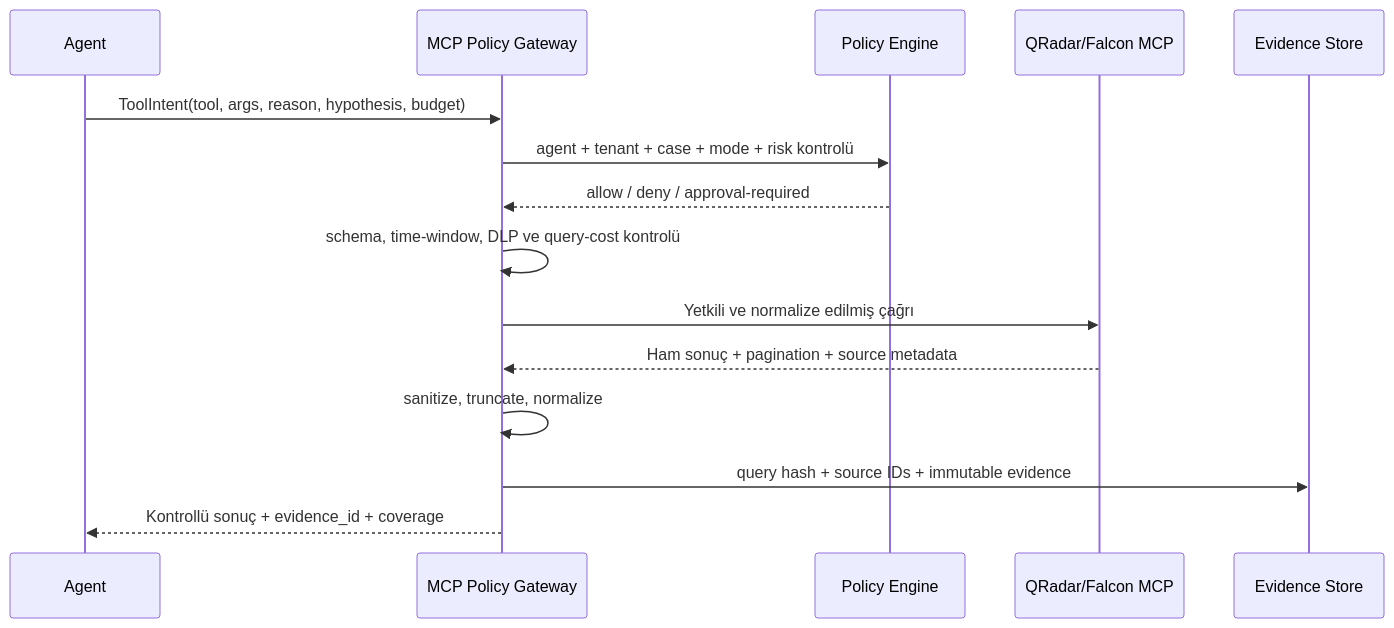
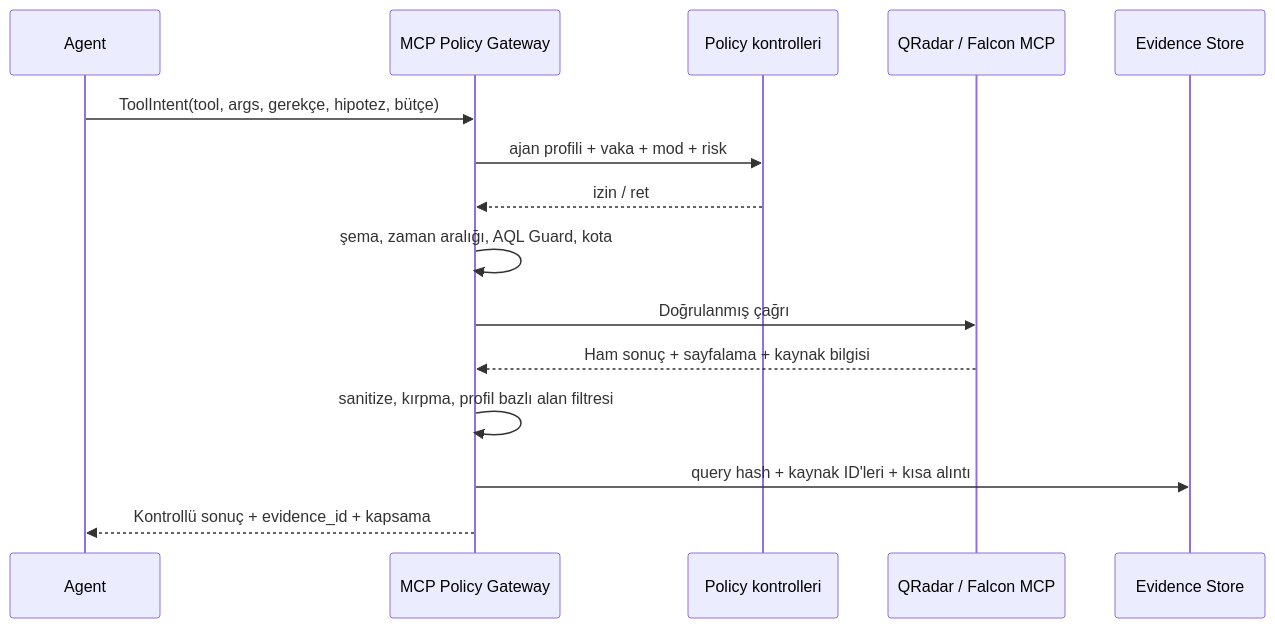
One commit to wiemBe/ais0c changed the fifth of 6 diagrams in docs/architecture.md. Above: the diagram before and after it, drawn with Mermaid. The commit also changed other lines of this file and 43 other files, not shown here.

````diff
--- a/docs/architecture.md
+++ b/docs/architecture.md
@@ -140,18 +609,18 @@
 ```mermaid
 sequenceDiagram
     participant Agent
-    participant Broker as MCP Policy Gateway
-    participant Policy as Policy Engine
-    participant MCP as QRadar/Falcon MCP
+    participant GW as MCP Policy Gateway
+    participant Policy as Policy kontrolleri
+    participant MCP as QRadar / Falcon MCP
     participant Evidence as Evidence Store
 
-    Agent->>Broker: ToolIntent(tool, args, reason, hypothesis, budget)
-    Broker->>Policy: agent + tenant + case + mode + risk kontrolü
-    Policy-->>Broker: allow / deny / approval-required
-    Broker->>Broker: schema, time-window, DLP ve query-cost kontrolü
-    Broker->>MCP: Yetkili ve normalize edilmiş çağrı
-    MCP-->>Broker: Ham sonuç + pagination + source metadata
-    Broker->>Broker: sanitize, truncate, normalize
-    Broker->>Evidence: query hash + source IDs + immutable evidence
-    Broker-->>Agent: Kontrollü sonuç + evidence_id + coverage
+    Agent->>GW: ToolIntent(tool, args, gerekçe, hipotez, bütçe)
+    GW->>Policy: ajan profili + vaka + mod + risk
+    Policy-->>GW: izin / ret
+    GW->>GW: şema, zaman aralığı, AQL Guard, kota
+    GW->>MCP: Doğrulanmış çağrı
+    MCP-->>GW: Ham sonuç + sayfalama + kaynak bilgisi
+    GW->>GW: sanitize, kırpma, profil bazlı alan filtresi
+    GW->>Evidence: query hash + kaynak ID'leri + kısa alıntı
+    GW-->>Agent: Kontrollü sonuç + evidence_id + kapsama
 ```
````
